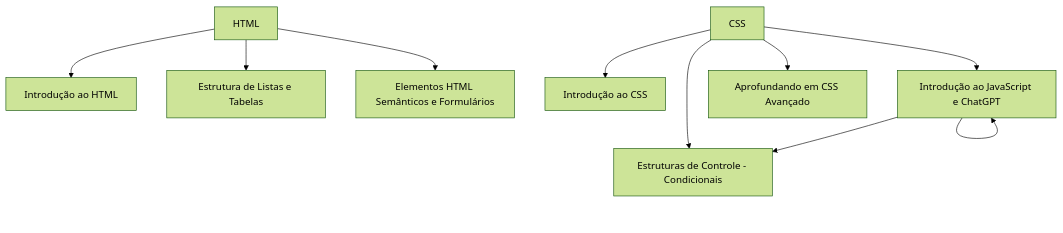
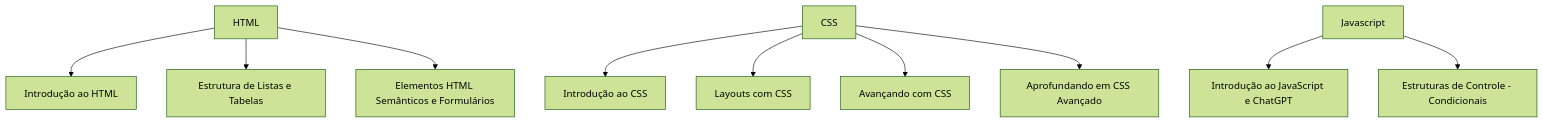
One commit to hugopamponet/infinitySchool changed the diagram in README.md. Above: the diagram before and after it, drawn with Mermaid (forest theme).

````diff
--- a/README.md
+++ b/README.md
@@ -10,17 +10,17 @@
 ```mermaid
 graph TD
     A[HTML]
     A --> B[Introdução ao HTML]
     A --> C[Estrutura de Listas e Tabelas]
     A --> D[Elementos HTML Semânticos e Formulários]
     
     E[CSS]
     E --> F[Introdução ao CSS]
     E --> G[Layouts com CSS]
     E --> H[Avançando com CSS]
     E --> I[Aprofundando em CSS Avançado]
     
-    G[Javascript]
-    G --> G[Introdução ao JavaScript e ChatGPT]
-    G --> H[Estruturas de Controle - Condicionais]
+    J[Javascript]
+    J --> K[Introdução ao JavaScript e ChatGPT]
+    J --> L[Estruturas de Controle - Condicionais]
 ```
````
